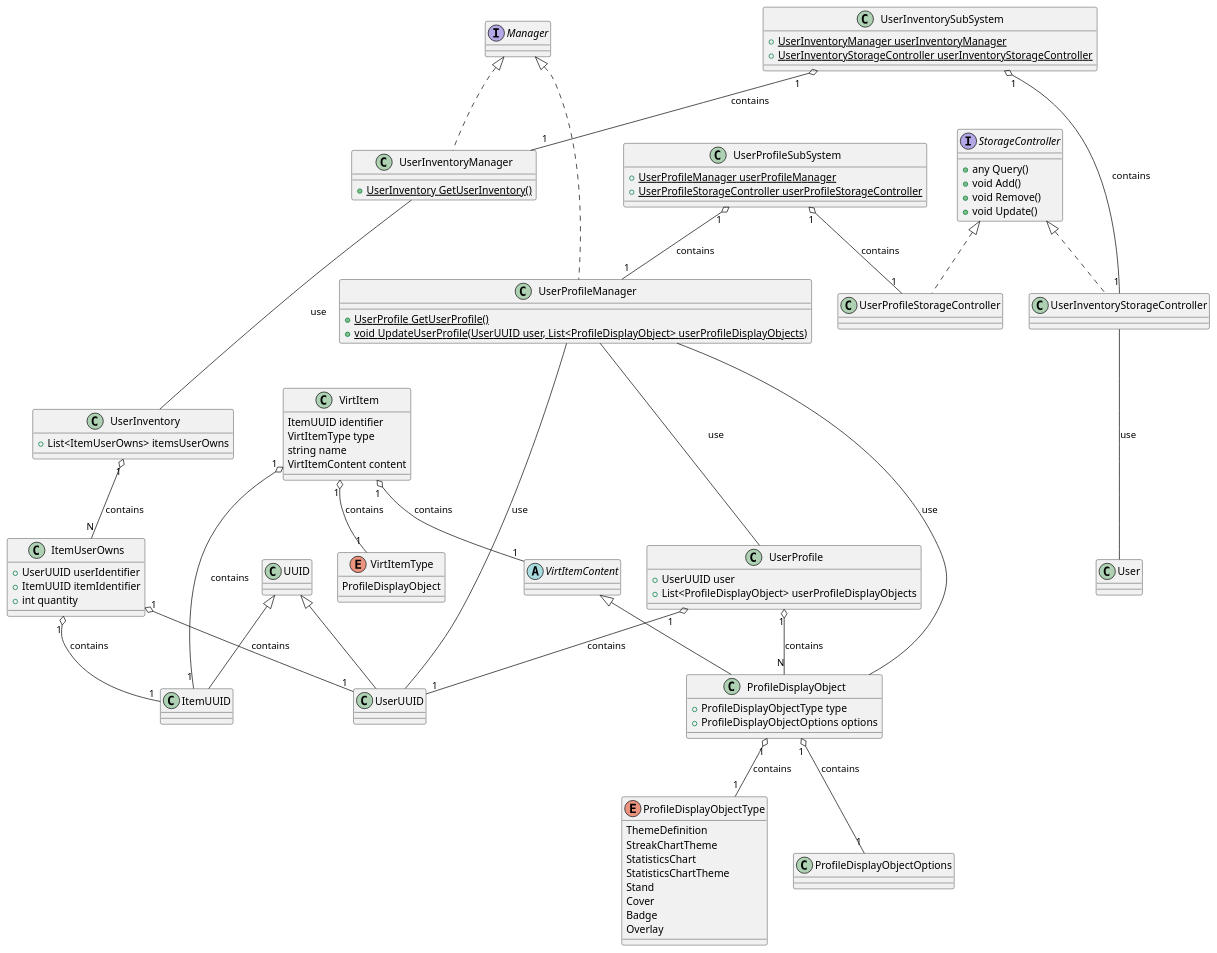
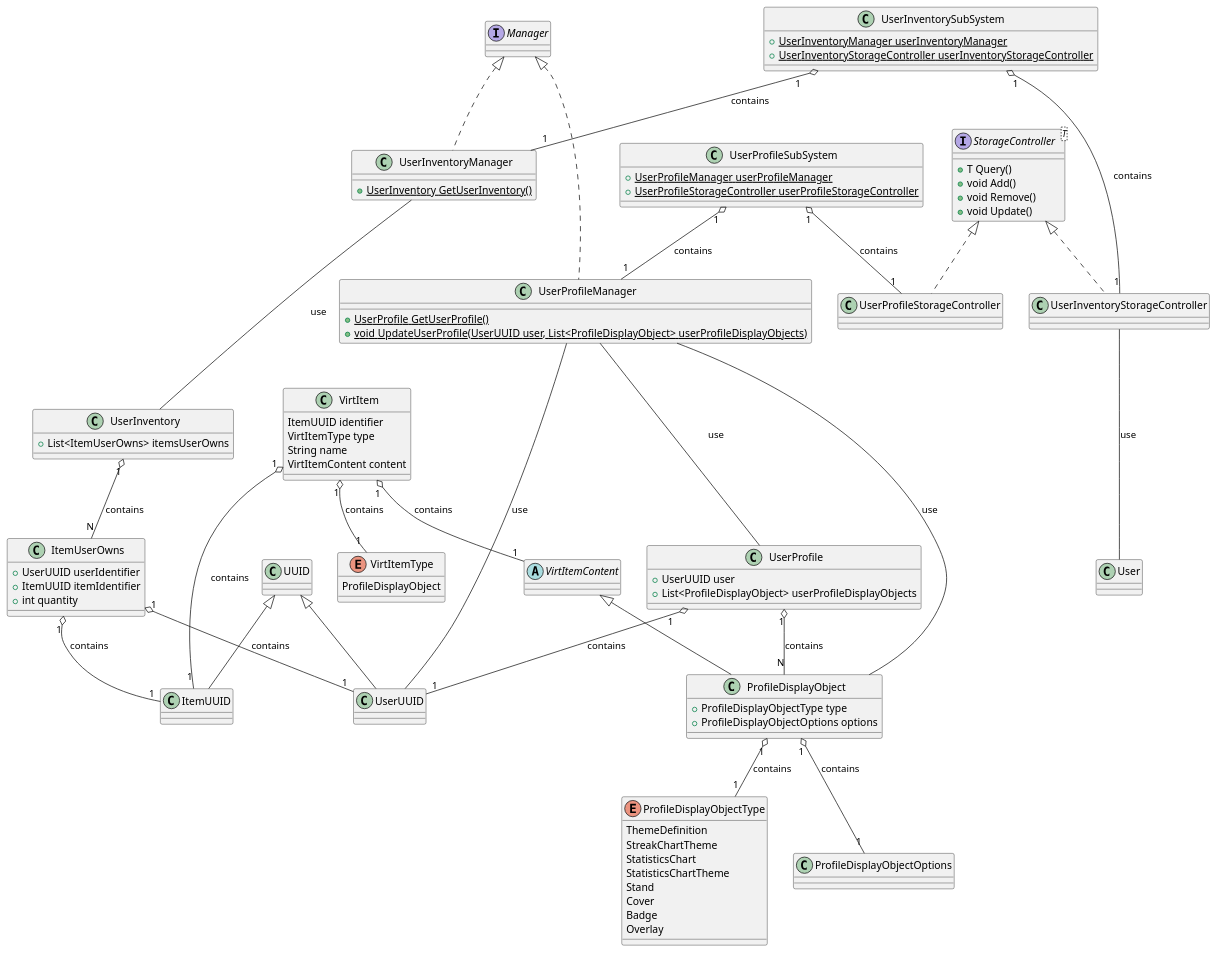
Before and after one commit to ShapeLayer/se-lecture-task__project-structure-definitions: the diagram in src/UserProfileInventory.puml, drawn with PlantUML. The commit also changed 19 other files, not shown here.

```diff
--- a/src/UserProfileInventory.puml
+++ b/src/UserProfileInventory.puml
@@ -1,111 +1,111 @@
 @startuml
 Interface Manager
-Interface StorageController {
-    + any Query()
+Interface StorageController<T> {
+    + T Query()
     + void Add()
     + void Remove()
     + void Update()
 }
 class UUID {}
 class UserUUID extends UUID {}
 class ItemUUID extends UUID {}
 
 enum VirtItemType {
     ProfileDisplayObject
 }
 
 class VirtItem {
     ItemUUID identifier
     VirtItemType type
-    string name
+    String name
     VirtItemContent content
 }
 
 VirtItem "1" o-- "1" ItemUUID : contains
 VirtItem "1" o-- "1" VirtItemType : contains
 VirtItem "1" o-- "1" VirtItemContent : contains
 
 abstract class VirtItemContent {}
 
 ' UserInventory
 class ItemUserOwns {
     + UserUUID userIdentifier
     + ItemUUID itemIdentifier
     + int quantity
 }
 
 ItemUserOwns "1" o-- "1" UserUUID : contains
 ItemUserOwns "1" o-- "1" ItemUUID : contains
 
 class UserInventory {
     + List<ItemUserOwns> itemsUserOwns
 }
 
 UserInventory "1" o-- "N" ItemUserOwns : contains
 
 class UserInventoryManager implements Manager {
     + {static} UserInventory GetUserInventory()
 }
 
 UserInventoryManager --- UserInventory : use
 
 class UserInventoryStorageController implements StorageController {}
 UserInventoryStorageController --- User : use
 
 class UserInventorySubSystem {
     + {static} UserInventoryManager userInventoryManager
     + {static} UserInventoryStorageController userInventoryStorageController
 }
 
 UserInventorySubSystem "1" o-- "1" UserInventoryManager : contains
 UserInventorySubSystem "1" o-- "1" UserInventoryStorageController : contains
 
 ' UserProfile
 enum ProfileDisplayObjectType {
     ThemeDefinition
     StreakChartTheme
     StatisticsChart
     StatisticsChartTheme
     Stand
     Cover
     Badge
     Overlay
 }
 
 class ProfileDisplayObjectOptions {}
 
 class ProfileDisplayObject extends VirtItemContent {
     + ProfileDisplayObjectType type
     + ProfileDisplayObjectOptions options
 }
 
 ProfileDisplayObject "1" o-- "1" ProfileDisplayObjectType : contains
 ProfileDisplayObject "1" o-- "1" ProfileDisplayObjectOptions : contains
 
 class UserProfile {
     + UserUUID user
     + List<ProfileDisplayObject> userProfileDisplayObjects
 }
 
 UserProfile "1" o-- "1" UserUUID : contains
 UserProfile "1" o-- "N" ProfileDisplayObject : contains
 
 class UserProfileManager implements Manager {
     + {static} UserProfile GetUserProfile()
     + {static} void UpdateUserProfile(UserUUID user, List<ProfileDisplayObject> userProfileDisplayObjects)
 }
 UserProfileManager --- UserUUID : use
 UserProfileManager --- UserProfile : use
 UserProfileManager --- ProfileDisplayObject : use
 
 class UserProfileStorageController implements StorageController {}
 
 class UserProfileSubSystem {
     + {static} UserProfileManager userProfileManager
     + {static} UserProfileStorageController userProfileStorageController
 }
 
 UserProfileSubSystem "1" o-- "1" UserProfileManager : contains
 UserProfileSubSystem "1" o-- "1" UserProfileStorageController : contains
 
 @enduml
```
